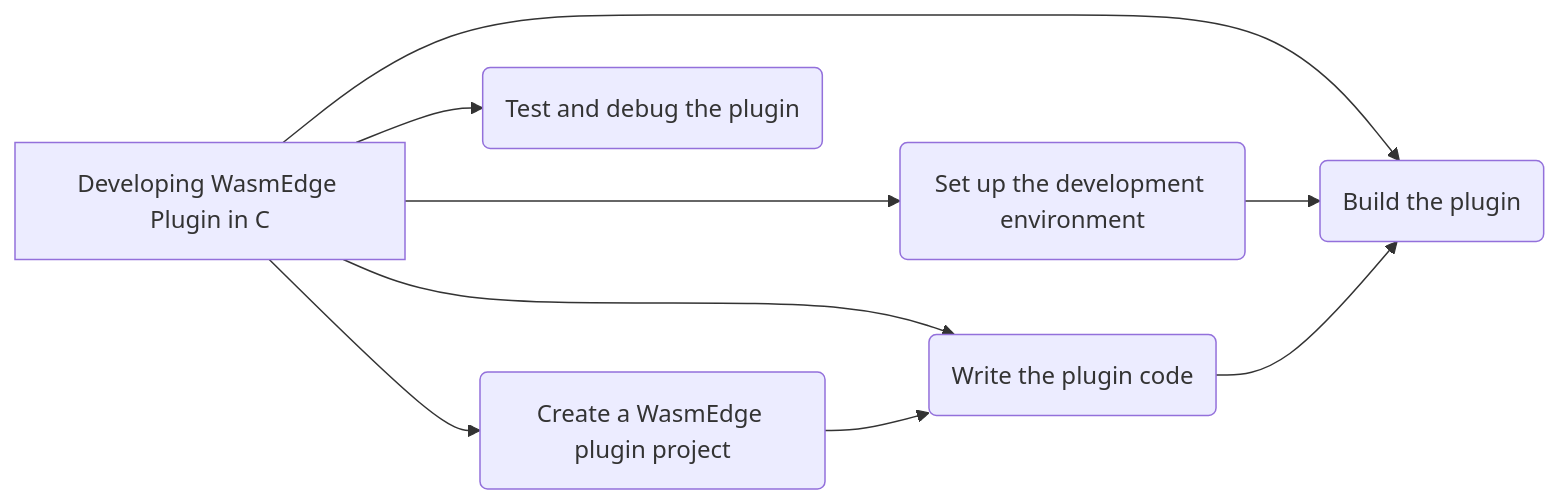
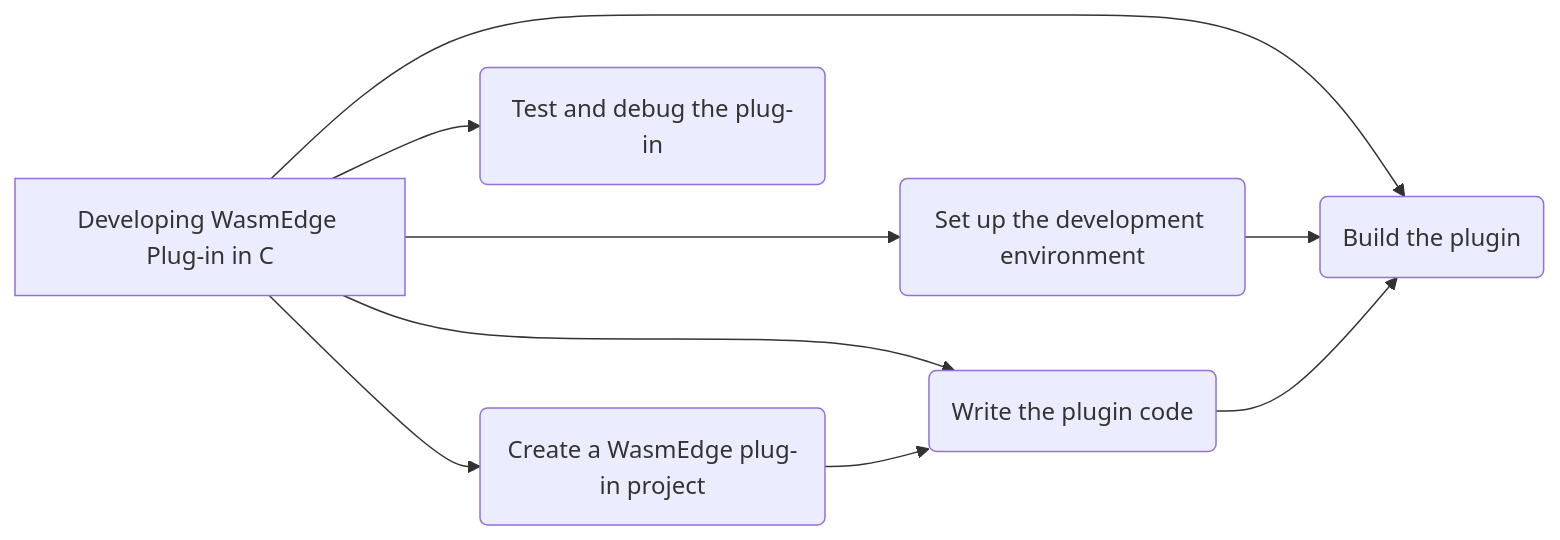
The diagram in docs/contribute/plugin/develop_plugin_c.md (WasmEdge/docs), drawn with Mermaid before and after one commit. The commit also changed other lines of this file and 3 other files, not shown here.

````diff
--- a/docs/contribute/plugin/develop_plugin_c.md
+++ b/docs/contribute/plugin/develop_plugin_c.md
@@ -9,12 +9,12 @@
 ```mermaid
 graph LR;
-A[Developing WasmEdge Plugin in C]
+A[Developing WasmEdge Plug-in in C]
 A --> B(Set up the development environment)
-A --> C(Create a WasmEdge plugin project)
+A --> C(Create a WasmEdge plug-in project)
 A --> D(Write the plugin code)
 A --> E(Build the plugin)
-A --> F(Test and debug the plugin)
+A --> F(Test and debug the plug-in)
 B --> E
 C --> D
 D --> E
 ```
````
